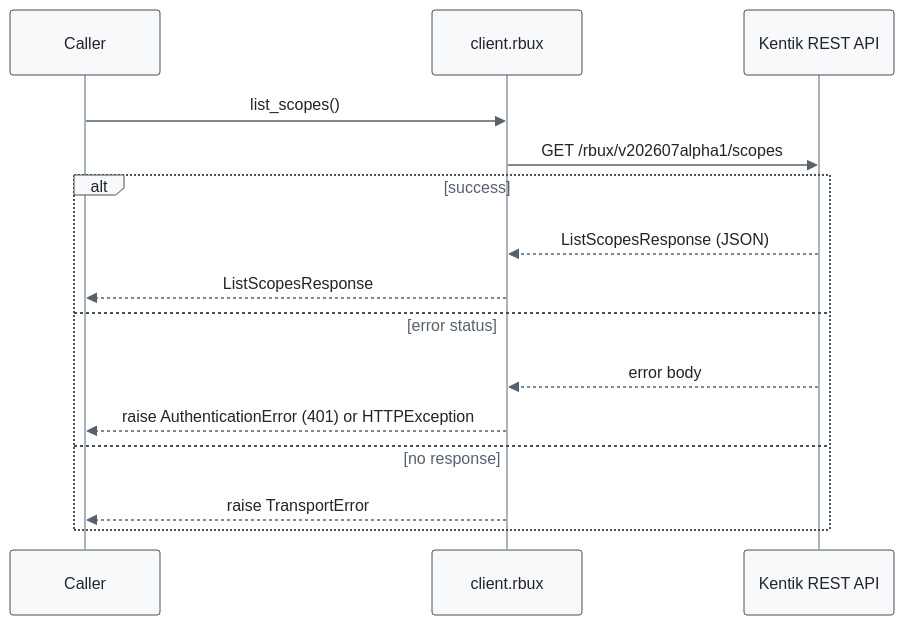
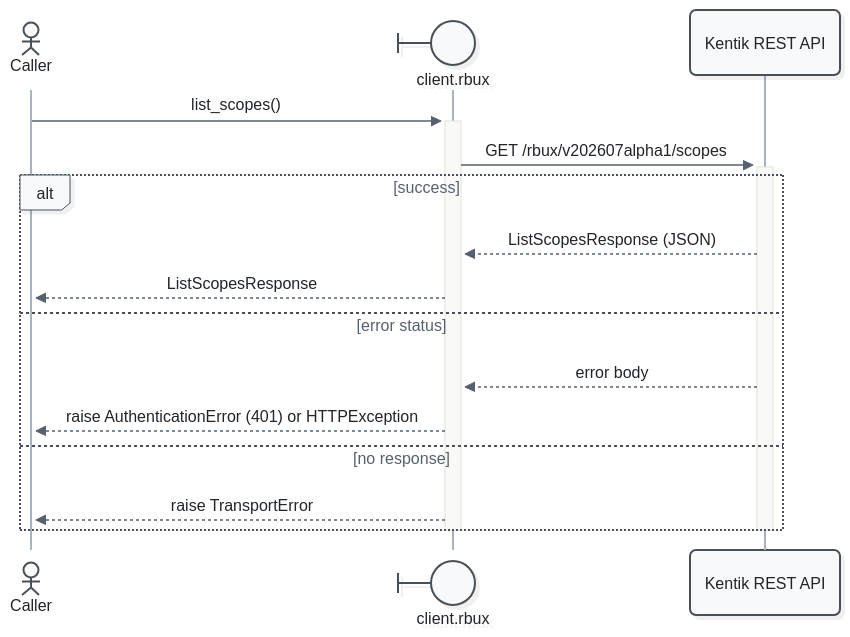
The first of 11 diagrams in docs/sphinx/services/rbux.md (alexdearaujo/community_sdk_python), drawn with Mermaid before and after one commit. The commit also changed other lines of this file and 52 other files, not shown here.

First line of the commit message:
docs: Mermaid 12 sequence diagrams with participant types and path colors

````diff
--- a/docs/sphinx/services/rbux.md
+++ b/docs/sphinx/services/rbux.md
@@ -33,19 +33,21 @@
 ```mermaid
-%%{init: {"theme": "base", "fontFamily": "ui-monospace, SFMono-Regular, Menlo, monospace", "themeVariables": {"fontFamily": "ui-monospace, SFMono-Regular, Menlo, monospace", "primaryColor": "#f8f9fa", "primaryBorderColor": "#495057", "primaryTextColor": "#212529", "textColor": "#212529", "lineColor": "#77818c", "edgeLabelBackground": "#ffffff", "actorBkg": "#f8f9fa", "actorBorder": "#495057", "actorTextColor": "#212529", "actorLineColor": "#a9b3be", "signalColor": "#57616d", "signalTextColor": "#212529", "labelBoxBkgColor": "#f8f9fa", "labelBoxBorderColor": "#495057", "labelTextColor": "#212529", "loopTextColor": "#57616d", "noteBkgColor": "#fff9db", "noteBorderColor": "#f08c00", "noteTextColor": "#a35a00"}, "flowchart": {"curve": "step", "nodeSpacing": 30, "rankSpacing": 70, "wrappingWidth": 400}}}%%
+%%{init: {"theme": "redux", "look": "neo", "layout": "dagre", "fontFamily": "ui-monospace, SFMono-Regular, Menlo, monospace", "themeVariables": {"fontFamily": "ui-monospace, SFMono-Regular, Menlo, monospace", "primaryColor": "#f8f9fa", "primaryBorderColor": "#495057", "primaryTextColor": "#212529", "textColor": "#212529", "lineColor": "#77818c", "edgeLabelBackground": "#ffffff", "actorBkg": "#f8f9fa", "actorBorder": "#495057", "actorTextColor": "#212529", "actorLineColor": "#a9b3be", "signalColor": "#57616d", "signalTextColor": "#212529", "labelBoxBkgColor": "#f8f9fa", "labelBoxBorderColor": "#495057", "labelTextColor": "#212529", "loopTextColor": "#57616d", "noteBkgColor": "#fff9db", "noteBorderColor": "#f08c00", "noteTextColor": "#a35a00"}, "sequence": {"activationWidth": 16}, "flowchart": {"curve": "step", "nodeSpacing": 30, "rankSpacing": 70, "wrappingWidth": 400}}}%%
 sequenceDiagram
-    participant C as Caller
-    participant W as client.rbux
+    actor C as Caller
+    participant W@{ "type": "boundary" } as client.rbux
     participant API as Kentik REST API
 
-    C->>W: list_scopes()
-    W->>API: GET /rbux/v202607alpha1/scopes
+    C->>+W: list_scopes()
+    W->>+API: GET /rbux/v202607alpha1/scopes
     alt success
         API-->>W: ListScopesResponse (JSON)
         W-->>C: ListScopesResponse
     else error status
         API-->>W: error body
         W-->>C: raise AuthenticationError (401) or HTTPException
     else no response
         W-->>C: raise TransportError
     end
+    deactivate API
+    deactivate W
 ```
````
